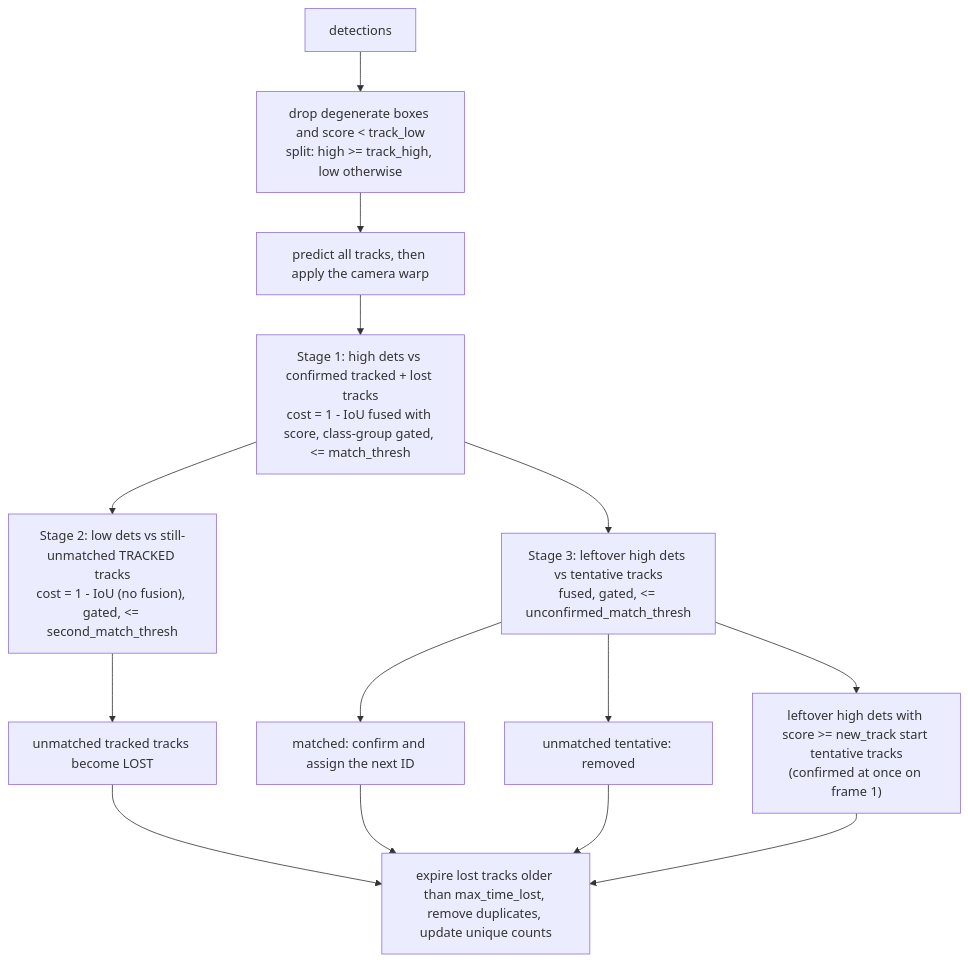
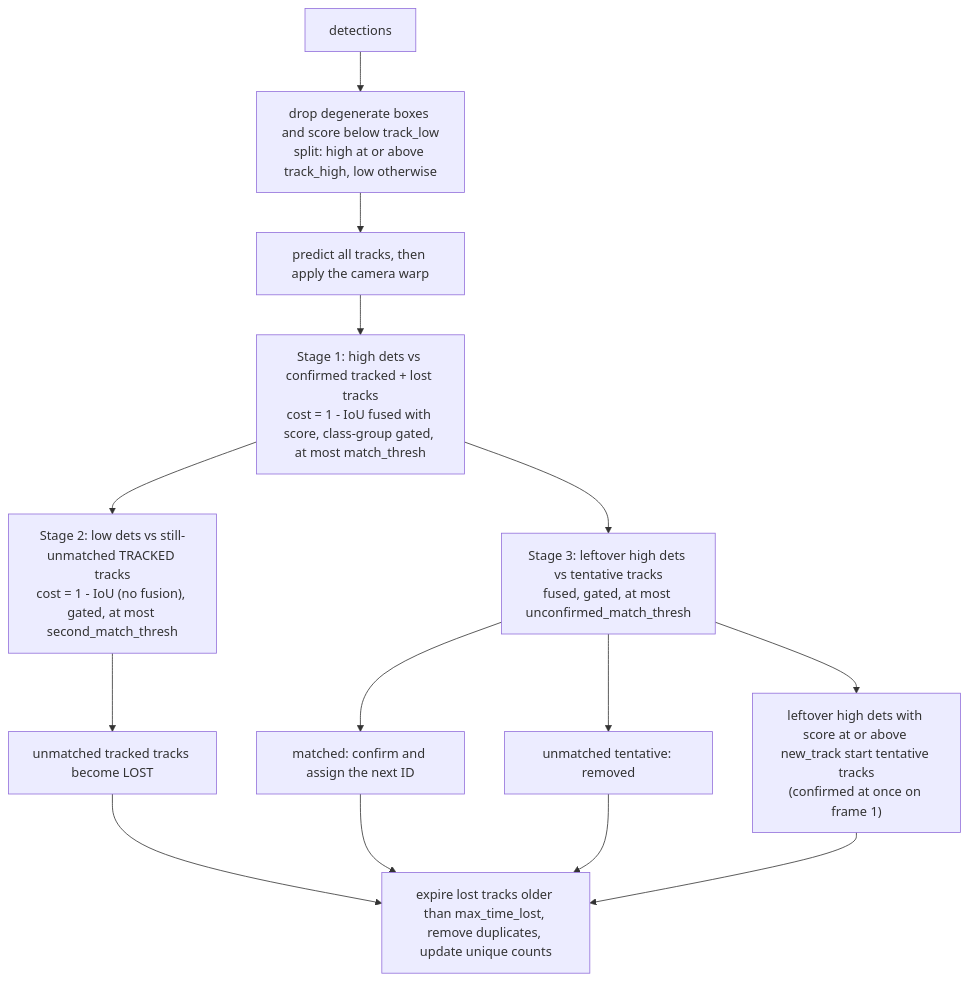
Before and after one commit to Halok600/The-Aerial-Guardian: the second of 2 diagrams in docs/ARCHITECTURE.md, drawn with Mermaid. The commit also changed other lines of this file and 9 other files, not shown here.

First line of the commit message:
Correct the architecture document, harden the browser demo and add the showcase script

````diff
--- a/docs/ARCHITECTURE.md
+++ b/docs/ARCHITECTURE.md
@@ -323,16 +260,16 @@
 ```mermaid
 flowchart TD
-  A["detections"] --> B["drop degenerate boxes and score < track_low<br/>split: high >= track_high, low otherwise"]
+  A["detections"] --> B["drop degenerate boxes and score below track_low<br/>split: high at or above track_high, low otherwise"]
   B --> C["predict all tracks, then apply the camera warp"]
-  C --> S1["Stage 1: high dets vs confirmed tracked + lost tracks<br/>cost = 1 - IoU fused with score, class-group gated, <= match_thresh"]
-  S1 --> S2["Stage 2: low dets vs still-unmatched TRACKED tracks<br/>cost = 1 - IoU (no fusion), gated, <= second_match_thresh"]
-  S1 --> S3["Stage 3: leftover high dets vs tentative tracks<br/>fused, gated, <= unconfirmed_match_thresh"]
+  C --> S1["Stage 1: high dets vs confirmed tracked + lost tracks<br/>cost = 1 - IoU fused with score, class-group gated, at most match_thresh"]
+  S1 --> S2["Stage 2: low dets vs still-unmatched TRACKED tracks<br/>cost = 1 - IoU (no fusion), gated, at most second_match_thresh"]
+  S1 --> S3["Stage 3: leftover high dets vs tentative tracks<br/>fused, gated, at most unconfirmed_match_thresh"]
   S2 --> L["unmatched tracked tracks become LOST"]
   S3 --> N1["matched: confirm and assign the next ID"]
   S3 --> N2["unmatched tentative: removed"]
-  S3 --> N3["leftover high dets with score >= new_track start tentative tracks<br/>(confirmed at once on frame 1)"]
+  S3 --> N3["leftover high dets with score at or above new_track start tentative tracks<br/>(confirmed at once on frame 1)"]
   L --> E["expire lost tracks older than max_time_lost, remove duplicates, update unique counts"]
   N1 --> E
   N2 --> E
   N3 --> E
 ```
````
